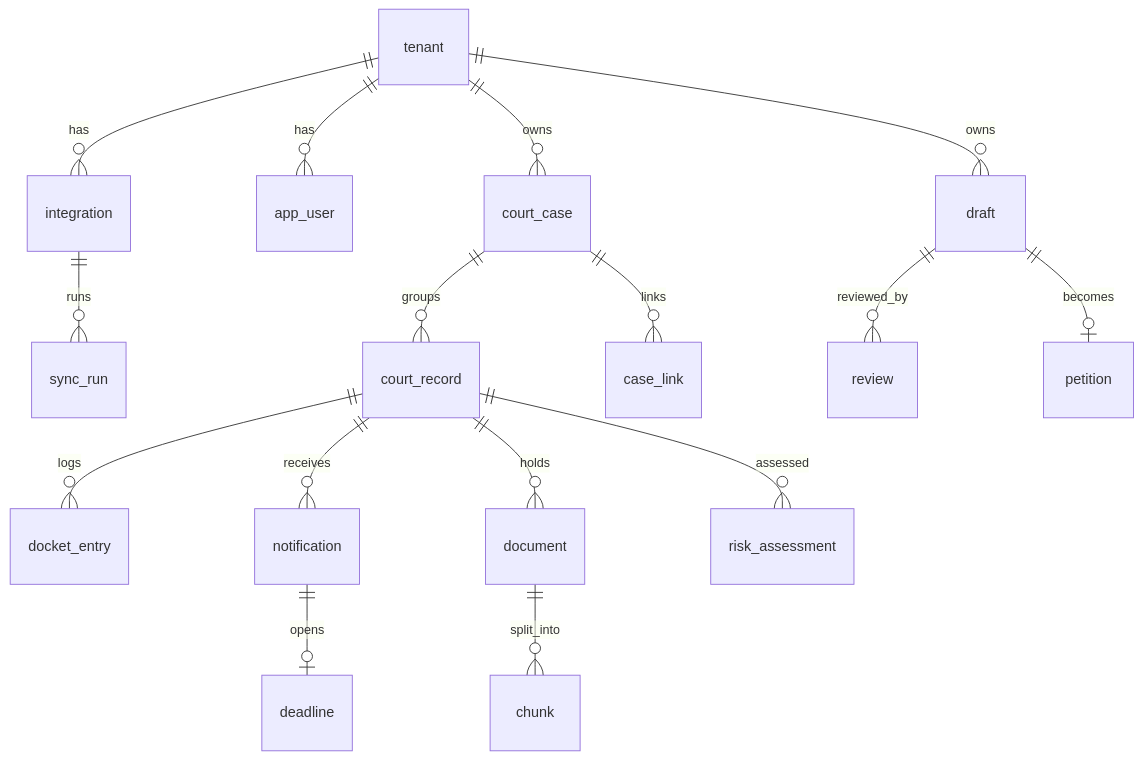
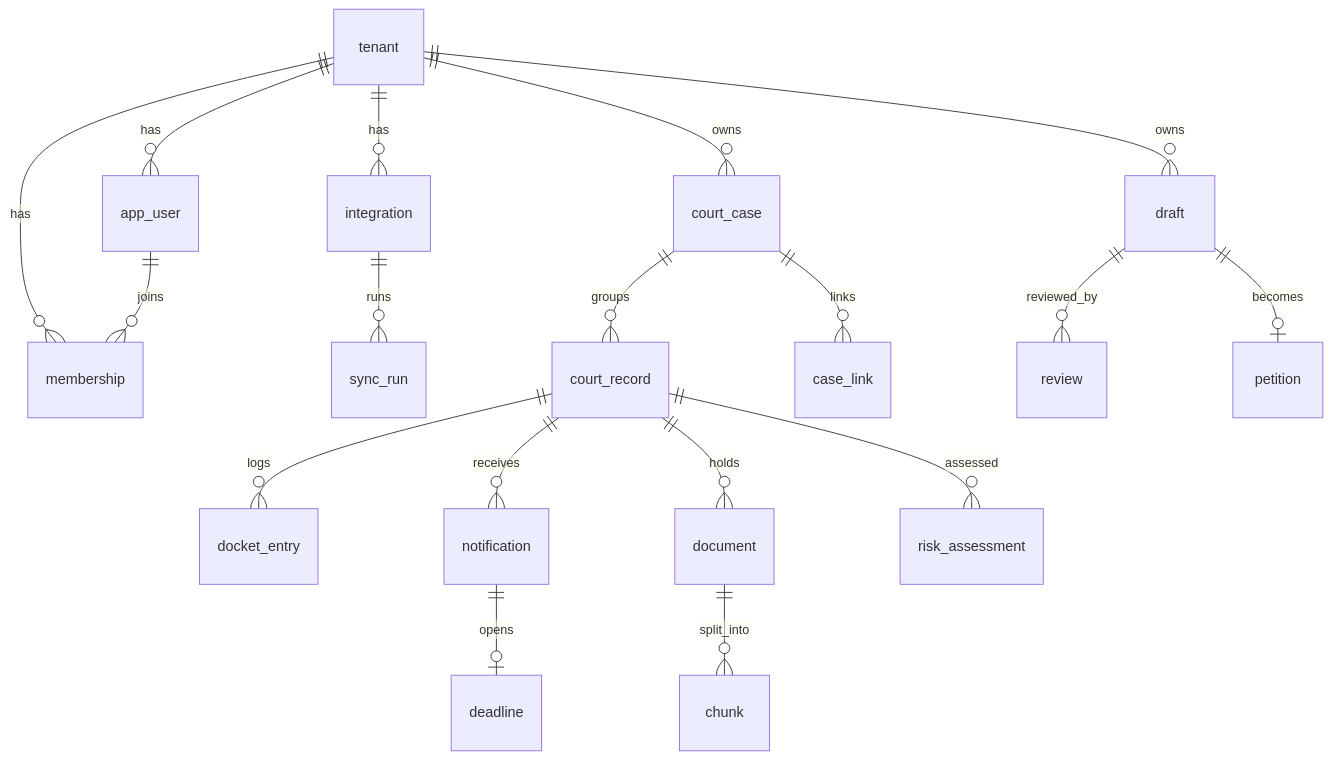
The diagram in docs/erd-modelo-de-dados.md (carluz-teles/jus-assessoria-automatizada-be), drawn with Mermaid before and after one commit. The commit also changed other lines of this file, not shown here.

First line of the commit message:
docs(erd): sincroniza modelo de dados — tenant company cols, app_user.phone, membership

````diff
--- a/docs/erd-modelo-de-dados.md
+++ b/docs/erd-modelo-de-dados.md
@@ -48,18 +48,20 @@
 ```mermaid
 erDiagram
     tenant       ||--o{ integration : has
     tenant       ||--o{ app_user : has
+    tenant       ||--o{ membership : has
+    app_user     ||--o{ membership : joins
     integration  ||--o{ sync_run : runs
     tenant       ||--o{ court_case : owns
     court_case   ||--o{ court_record : groups
     court_record ||--o{ docket_entry : logs
     court_record ||--o{ notification : receives
     notification ||--o| deadline : opens
     court_record ||--o{ document : holds
     document     ||--o{ chunk : split_into
     court_case   ||--o{ case_link : links
     tenant       ||--o{ draft : owns
     draft        ||--o{ review : reviewed_by
     draft        ||--o| petition : becomes
     court_record ||--o{ risk_assessment : assessed
 ```
````
